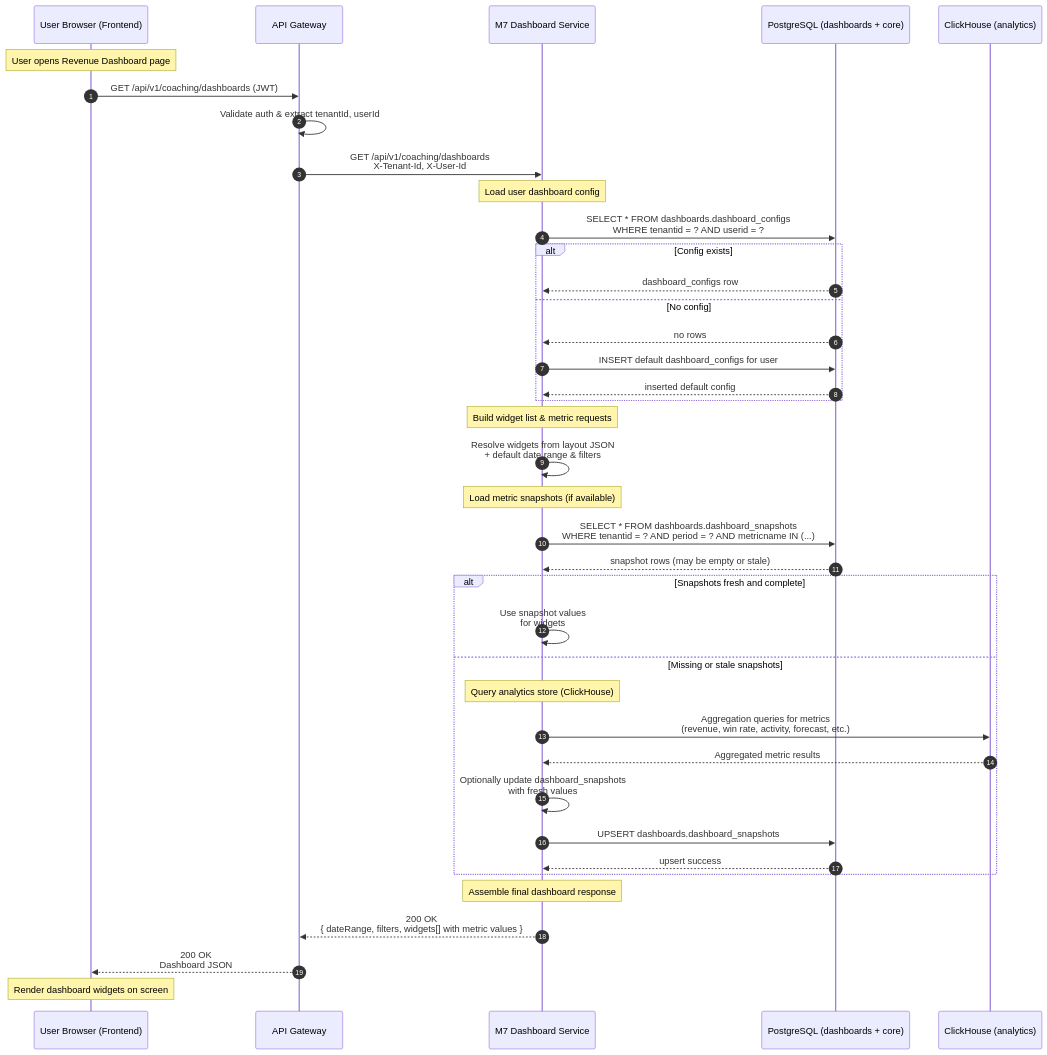
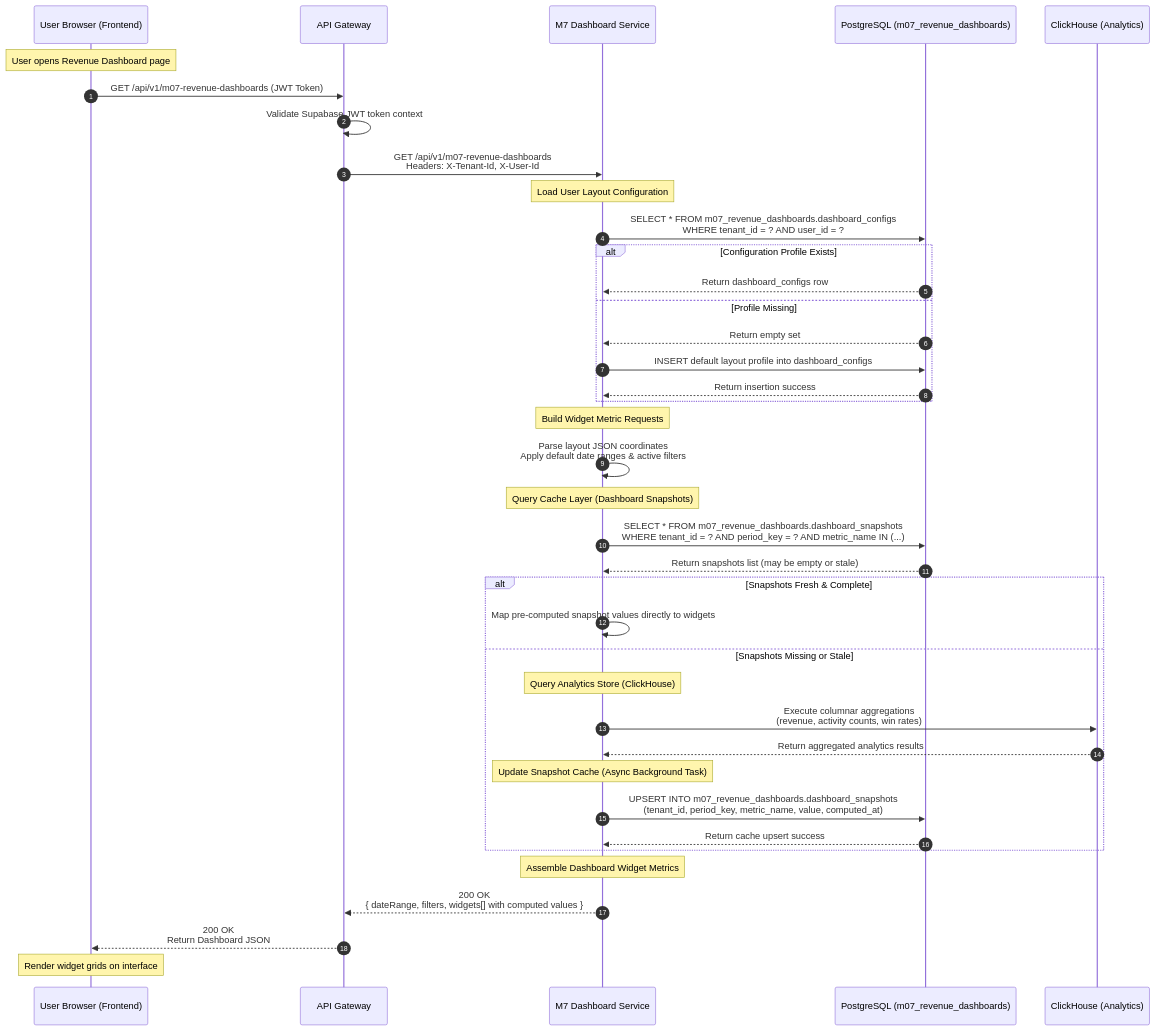
One commit to PoojaTiwari09/FB-and-RP-Fixes changed the diagram in Reference documents/M7 Revenue Dashboards/sequence diagrams/sequence-dashboard-read-flow.md. Above: the diagram before and after it, drawn with Mermaid. The commit also changed other lines of this file and 79 other files, not shown here.

````diff
--- a/Reference documents/M7 Revenue Dashboards/sequence diagrams/sequence-dashboard-read-flow.md
+++ b/Reference documents/M7 Revenue Dashboards/sequence diagrams/sequence-dashboard-read-flow.md
@@ -28,56 +30,50 @@
 ```mermaid
 sequenceDiagram
     autonumber
 
     participant U as User Browser (Frontend)
     participant G as API Gateway
     participant D as M7 Dashboard Service
-    participant P as PostgreSQL (dashboards + core)
-    participant C as ClickHouse (analytics)
+    participant P as PostgreSQL (m07_revenue_dashboards)
+    participant C as ClickHouse (Analytics)
 
     Note over U: User opens Revenue Dashboard page
+    U->>G: GET /api/v1/m07-revenue-dashboards (JWT Token)
+    G->>G: Validate Supabase JWT token context
+    G->>D: GET /api/v1/m07-revenue-dashboards<br/>Headers: X-Tenant-Id, X-User-Id
 
-    U->>G: GET /api/v1/coaching/dashboards (JWT)
-    G->>G: Validate auth & extract tenantId, userId
-    G->>D: GET /api/v1/coaching/dashboards<br/>X-Tenant-Id, X-User-Id
-
-    Note over D: Load user dashboard config
-
-    D->>P: SELECT * FROM dashboards.dashboard_configs<br/>WHERE tenantid = ? AND userid = ?
-    alt Config exists
-        P-->>D: dashboard_configs row
-    else No config
-        P-->>D: no rows
-        D->>P: INSERT default dashboard_configs for user
-        P-->>D: inserted default config
+    Note over D: Load User Layout Configuration
+    D->>P: SELECT * FROM m07_revenue_dashboards.dashboard_configs<br/>WHERE tenant_id = ? AND user_id = ?
+    
+    alt Configuration Profile Exists
+        P-->>D: Return dashboard_configs row
+    else Profile Missing
+        P-->>D: Return empty set
+        D->>P: INSERT default layout profile into dashboard_configs
+        P-->>D: Return insertion success
     end
 
-    Note over D: Build widget list & metric requests
+    Note over D: Build Widget Metric Requests
+    D->>D: Parse layout JSON coordinates<br/>Apply default date ranges & active filters
 
-    D->>D: Resolve widgets from layout JSON<br/>+ default date range & filters
+    Note over D: Query Cache Layer (Dashboard Snapshots)
+    D->>P: SELECT * FROM m07_revenue_dashboards.dashboard_snapshots<br/>WHERE tenant_id = ? AND period_key = ? AND metric_name IN (...)
+    P-->>D: Return snapshots list (may be empty or stale)
 
-    Note over D: Load metric snapshots (if available)
-
-    D->>P: SELECT * FROM dashboards.dashboard_snapshots<br/>WHERE tenantid = ? AND period = ? AND metricname IN (...)
-    P-->>D: snapshot rows (may be empty or stale)
-
-    alt Snapshots fresh and complete
-        D->>D: Use snapshot values<br/>for widgets
-    else Missing or stale snapshots
-        Note over D: Query analytics store (ClickHouse)
-
-        D->>C: Aggregation queries for metrics<br/>(revenue, win rate, activity, forecast, etc.)
-        C-->>D: Aggregated metric results
-
-        D->>D: Optionally update dashboard_snapshots<br/>with fresh values
-        D->>P: UPSERT dashboards.dashboard_snapshots
-        P-->>D: upsert success
+    alt Snapshots Fresh & Complete
+        D->>D: Map pre-computed snapshot values directly to widgets
+    else Snapshots Missing or Stale
+        Note over D: Query Analytics Store (ClickHouse)
+        D->>C: Execute columnar aggregations<br/>(revenue, activity counts, win rates)
+        C-->>D: Return aggregated analytics results
+        
+        Note over D: Update Snapshot Cache (Async Background Task)
+        D->>P: UPSERT INTO m07_revenue_dashboards.dashboard_snapshots<br/>(tenant_id, period_key, metric_name, value, computed_at)
+        P-->>D: Return cache upsert success
     end
 
-    Note over D: Assemble final dashboard response
-
-    D-->>G: 200 OK<br/>{ dateRange, filters, widgets[] with metric values }
-    G-->>U: 200 OK<br/>Dashboard JSON
-
-    Note over U: Render dashboard widgets on screen
+    Note over D: Assemble Dashboard Widget Metrics
+    D-->>G: 200 OK<br/>{ dateRange, filters, widgets[] with computed values }
+    G-->>U: 200 OK<br/>Return Dashboard JSON
+    Note over U: Render widget grids on interface
 ```
````
